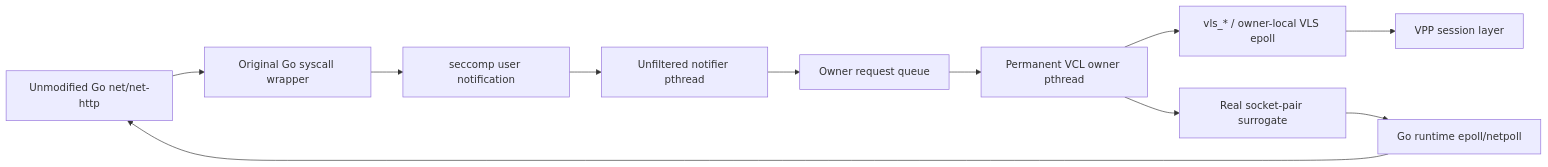
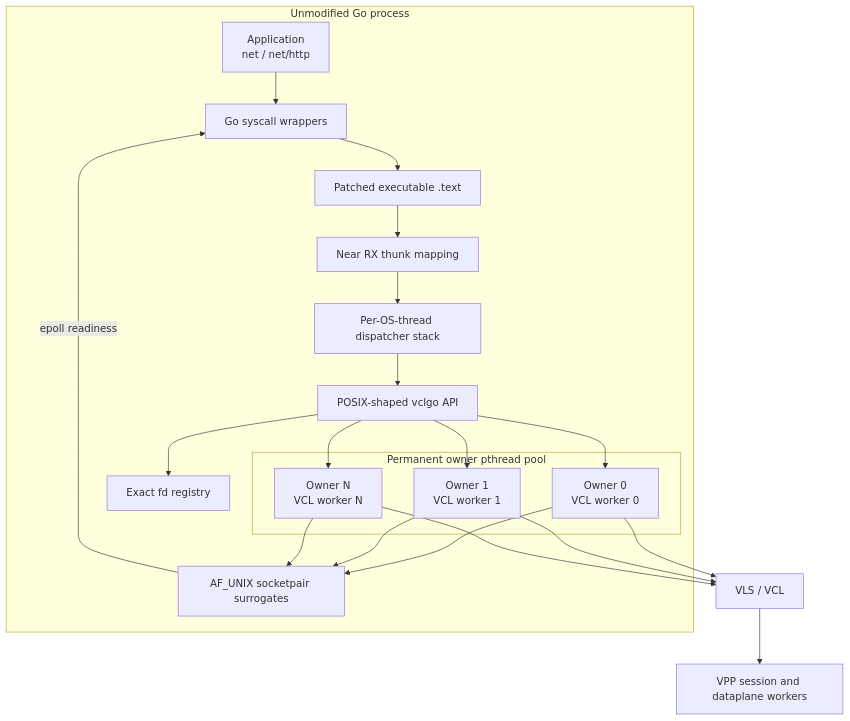
Before and after one commit to aritrbas/vclgo: the first of 5 diagrams in docs/architecture.md, drawn with Mermaid. The commit also changed other lines of this file and 32 other files, not shown here.

````diff
--- a/docs/architecture.md
+++ b/docs/architecture.md
@@ -26,13 +30,27 @@
-```mermaid
-flowchart LR
-    G["Unmodified Go net/net-http"] --> W["Original Go syscall wrapper"]
-    W --> K["seccomp user notification"]
-    K --> N["Unfiltered notifier pthread"]
-    N --> Q["Owner request queue"]
-    Q --> O["Permanent VCL owner pthread"]
-    O --> VLS["vls_* / owner-local VLS epoll"]
-    VLS --> VPP["VPP session layer"]
-    O --> S["Real socket-pair surrogate"]
-    S --> EP["Go runtime epoll/netpoll"]
-    EP --> G
-```
+~~~mermaid
+flowchart TB
+    subgraph GO["Unmodified Go process"]
+        APP["Application<br/>net / net/http"]
+        WRAP["Go syscall wrappers"]
+        PATCH["Patched executable .text"]
+        THUNK["Near RX thunk mapping"]
+        STACK["Per-OS-thread dispatcher stack"]
+        API["POSIX-shaped vclgo API"]
+        REG["Exact fd registry"]
+        SUR["AF_UNIX socketpair surrogates"]
+
+        subgraph OWN["Permanent owner pthread pool"]
+            O0["Owner 0<br/>VCL worker 0"]
+            O1["Owner 1<br/>VCL worker 1"]
+            ON["Owner N<br/>VCL worker N"]
+        end
+    end
+
+    APP --> WRAP --> PATCH --> THUNK --> STACK --> API
+    API --> REG
+    API --> O0 & O1 & ON
+    O0 & O1 & ON --> SUR
+    SUR -->|"epoll readiness"| WRAP
+    O0 & O1 & ON --> VLS["VLS / VCL"]
+    VLS --> VPP["VPP session and dataplane workers"]
+~~~
````
